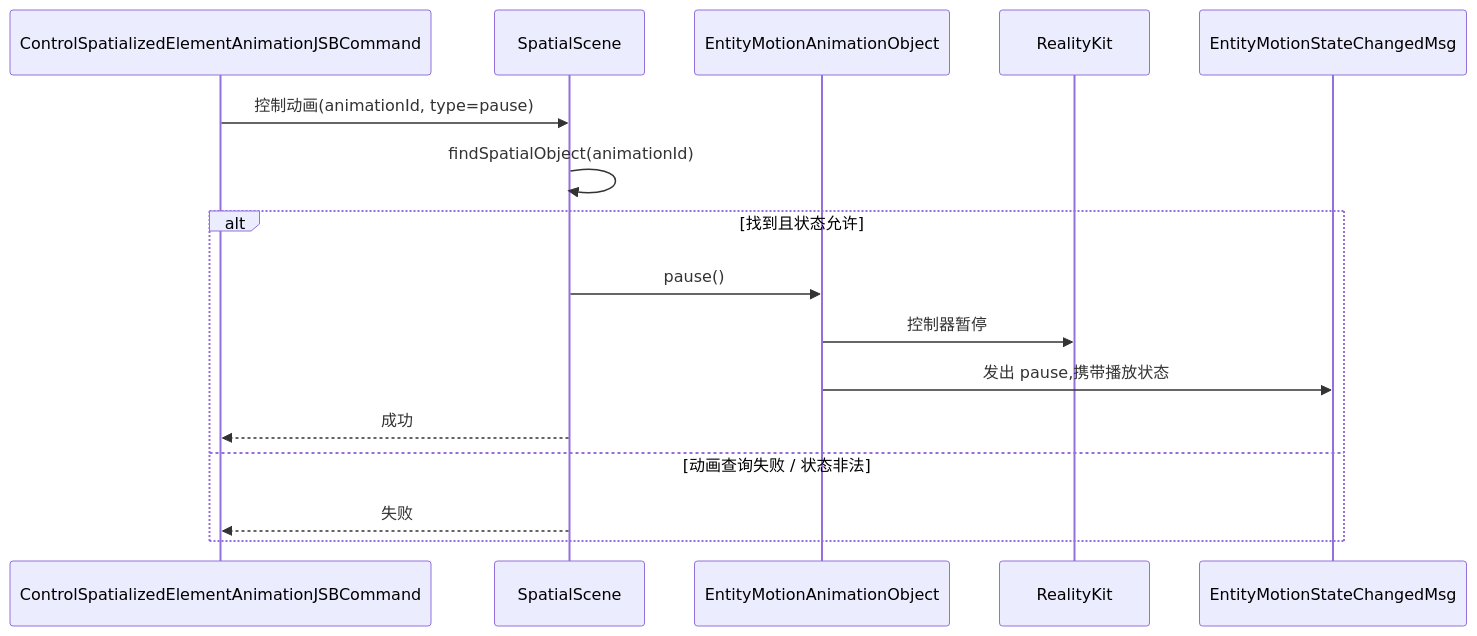
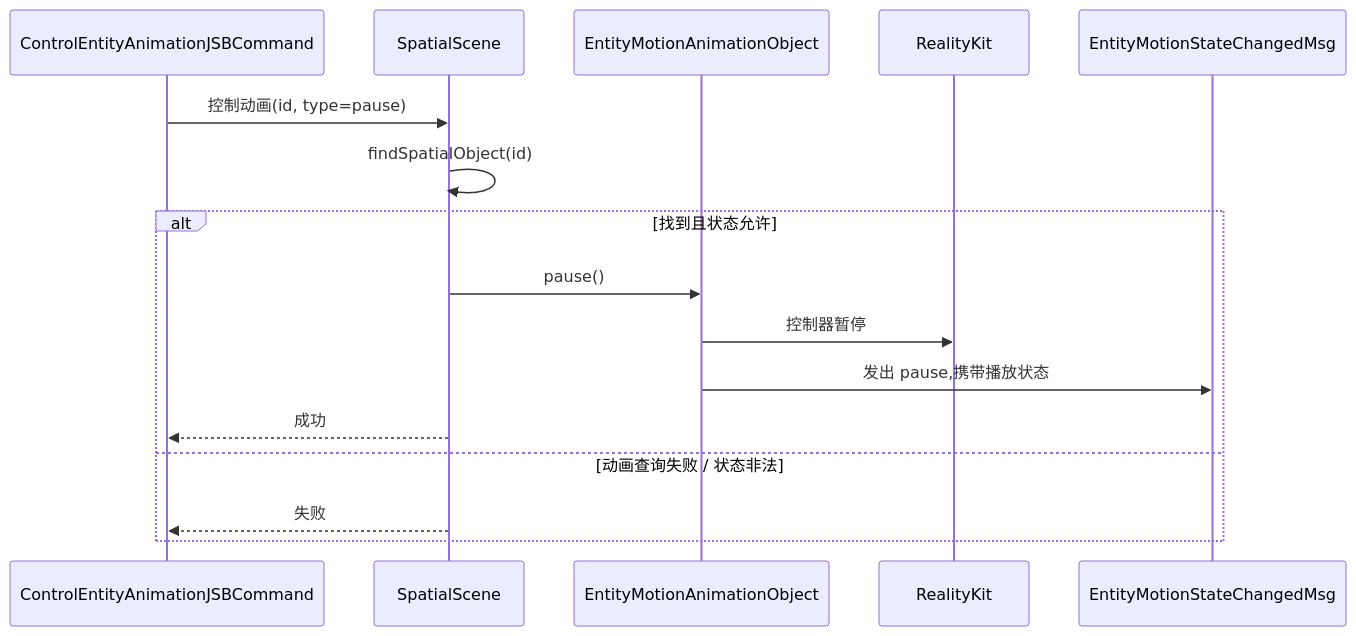
Diagram 12 of 14 in openspec/changes/redesign-entity-motion-api/design.zh.md (webspatial/webspatial-sdk), drawn with Mermaid before and after one commit. The commit also changed other lines of this file and 7 other files, not shown here.

````diff
--- a/openspec/changes/redesign-entity-motion-api/design.zh.md
+++ b/openspec/changes/redesign-entity-motion-api/design.zh.md
@@ -1131,19 +1207,19 @@
 ```mermaid
 sequenceDiagram
-    participant JSB as ControlSpatializedElementAnimationJSBCommand
+    participant JSB as ControlEntityAnimationJSBCommand
     participant Scene as SpatialScene
     participant Obj as EntityMotionAnimationObject
     participant RK as RealityKit
     participant Event as EntityMotionStateChangedMsg
 
-    JSB->>Scene: 控制动画(animationId, type=pause)
-    Scene->>Scene: findSpatialObject(animationId)
+    JSB->>Scene: 控制动画(id, type=pause)
+    Scene->>Scene: findSpatialObject(id)
     alt 找到且状态允许
         Scene->>Obj: pause()
         Obj->>RK: 控制器暂停
         Obj->>Event: 发出 pause,携带播放状态
         Scene-->>JSB: 成功
     else 动画查询失败 / 状态非法
         Scene-->>JSB: 失败
     end
 ```
````
